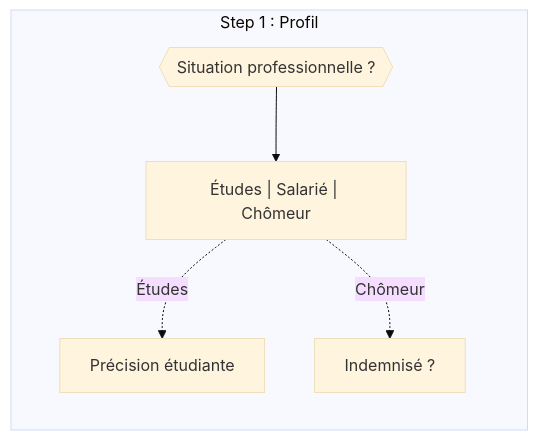
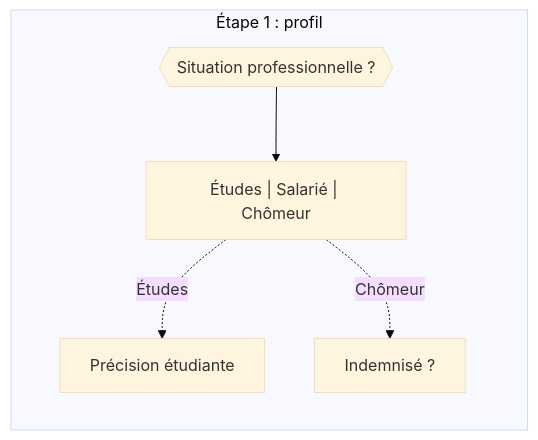
Before and after one commit to betagouv/aides-simplifiees-docs: the fourth of 5 diagrams in docs/03_mutualiser/05_visuels.md, drawn with Mermaid (base theme). The commit also changed other lines of this file and 5 other files, not shown here.

````diff
--- a/docs/03_mutualiser/05_visuels.md
+++ b/docs/03_mutualiser/05_visuels.md
@@ -83,14 +83,14 @@
 ```mermaid
 flowchart TD
-    subgraph "Step 1 : Profil"
+    subgraph "Étape 1 : profil"
         direction TB
         Q1{{"Situation professionnelle ?"}}
         Q1_choices["Études | Salarié | Chômeur"]
         Q2["Précision étudiante"]
         Q3["Indemnisé ?"]
     end
 
     Q1 --> Q1_choices
     Q1_choices -.->|"Études"| Q2
     Q1_choices -.->|"Chômeur"| Q3
 ```
````
